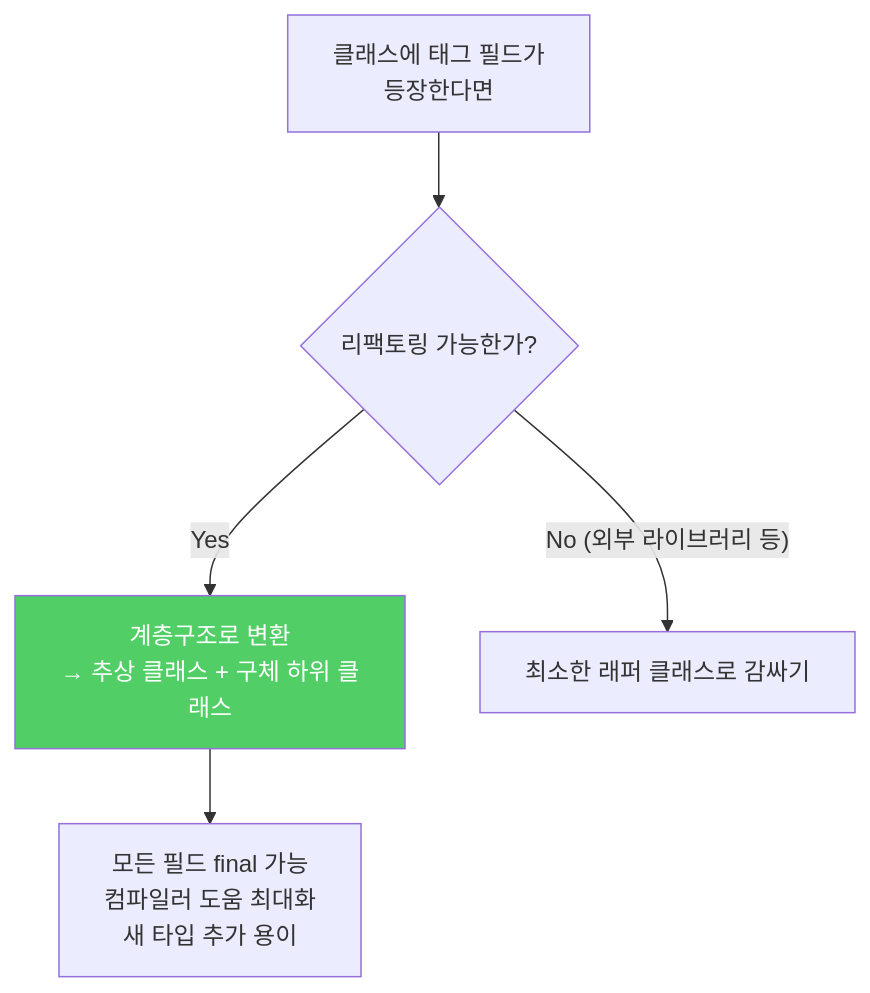
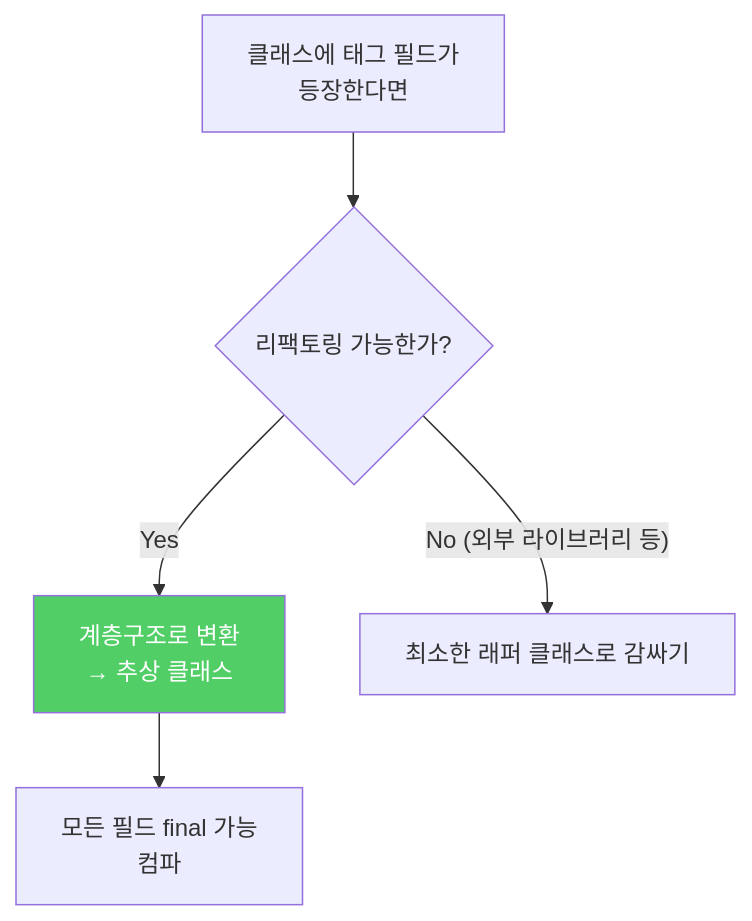
The fourth of 4 diagrams in _posts/java/2022-01-04-effective-java23.md (yjkim2015/yjkim2015.github.io), drawn with Mermaid before and after one commit. The commit also changed other lines of this file and 271 other files, not shown here.

First line of the commit message:
Mermaid 라벨 축소: 긴 노드 텍스트 18자 이하로 트림 + \n 제거

````diff
--- a/_posts/java/2022-01-04-effective-java23.md
+++ b/_posts/java/2022-01-04-effective-java23.md
@@ -185,8 +185,8 @@
 ```mermaid
 graph TD
     A["클래스에 태그 필드가\n등장한다면"] --> B{"리팩토링 가능한가?"}
-    B -->|"Yes"| C["계층구조로 변환\n→ 추상 클래스 + 구체 하위 클래스"]
+    B -->|"Yes"| C["계층구조로 변환\n→ 추상 클래스"]
     B -->|"No (외부 라이브러리 등)"| D["최소한 래퍼 클래스로 감싸기"]
-    C --> E["모든 필드 final 가능\n컴파일러 도움 최대화\n새 타입 추가 용이"]
+    C --> E["모든 필드 final 가능\n컴파"]
     style C fill:#51cf66,color:#fff
 ```
````
